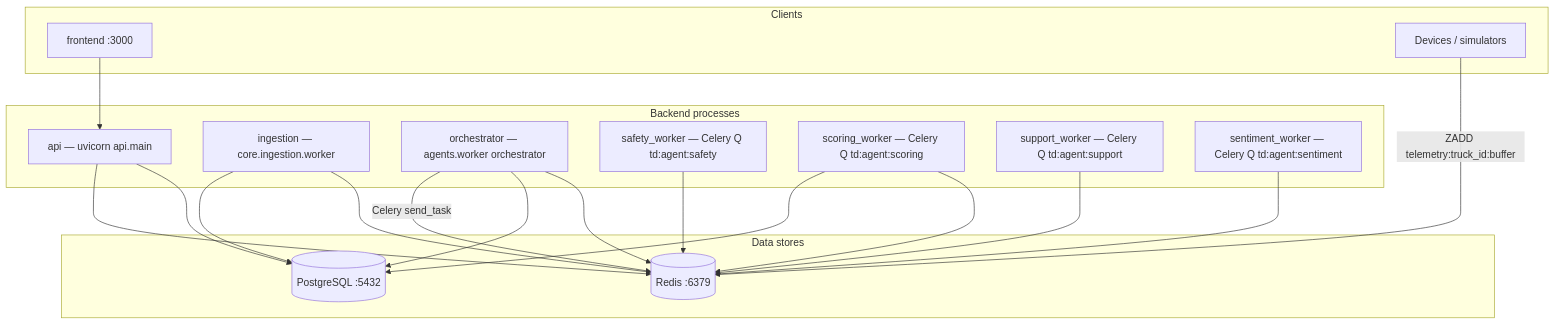
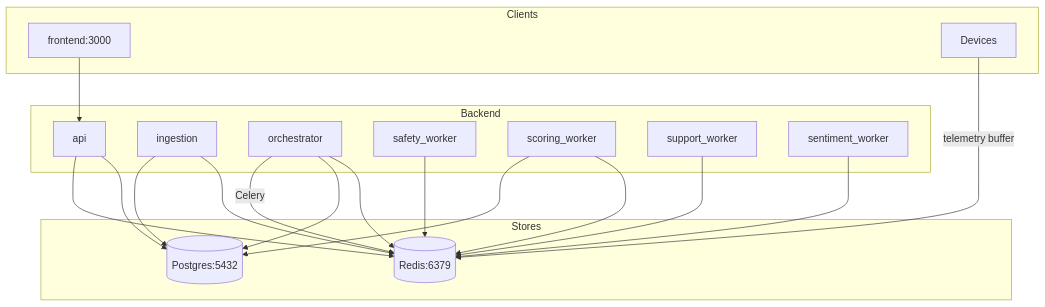
One commit to tracedata-ai/tracedata-ai-monorepo changed the first of 3 diagrams in README.md. Above: the diagram before and after it, drawn with Mermaid. The commit also changed other lines of this file and 2 other files, not shown here.

Commit message:
TDATA-91-DOCS(support): Formatting update

````diff
--- a/README.md
+++ b/README.md
@@ -68,37 +28,34 @@
 ```mermaid
 flowchart TB
   subgraph clients [Clients]
-    FE[frontend :3000]
-    DEV[Devices / simulators]
+    FE[frontend:3000]
+    DEV[Devices]
   end
-
-  subgraph data [Data stores]
-    PG[(PostgreSQL :5432)]
-    RD[(Redis :6379)]
+  subgraph stores [Stores]
+    PG[(Postgres:5432)]
+    RD[(Redis:6379)]
   end
-
-  subgraph backend [Backend processes]
-    API[api — uvicorn api.main]
-    ING[ingestion — core.ingestion.worker]
-    ORC[orchestrator — agents.worker orchestrator]
-    SAF[safety_worker — Celery Q td:agent:safety]
-    SCO[scoring_worker — Celery Q td:agent:scoring]
-    SUP[support_worker — Celery Q td:agent:support]
-    SEN[sentiment_worker — Celery Q td:agent:sentiment]
+  subgraph procs [Backend]
+    API[api]
+    ING[ingestion]
+    ORC[orchestrator]
+    SAF[safety_worker]
+    SCO[scoring_worker]
+    SUP[support_worker]
+    SEN[sentiment_worker]
   end
-
   FE --> API
-  DEV -->|ZADD telemetry:truck_id:buffer| RD
+  DEV -->|telemetry buffer| RD
   API --> PG
   API --> RD
   ING --> RD
   ING --> PG
   ORC --> RD
   ORC --> PG
   SAF --> RD
   SCO --> RD
   SCO --> PG
   SUP --> RD
   SEN --> RD
-  ORC -->|Celery send_task| RD
+  ORC -->|Celery| RD
 ```
````
